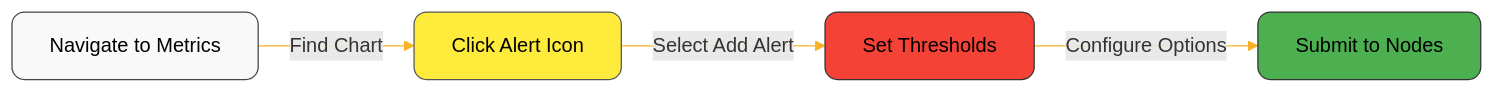
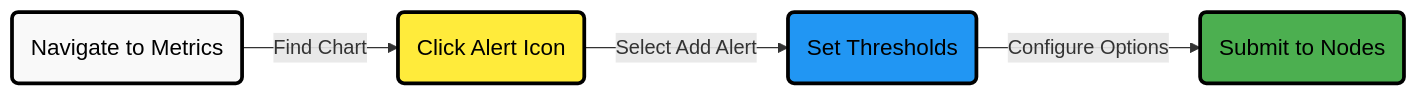
Before and after one commit to netdata/netdata: the diagram in docs/alerts-and-notifications/creating-alerts-with-netdata-alerts-configuration-manager.md, drawn with Mermaid. The commit also changed 21 other files, not shown here.

Commit message:
Fix Mermaid diagrams across multiple files

````diff
--- a/docs/alerts-and-notifications/creating-alerts-with-netdata-alerts-configuration-manager.md
+++ b/docs/alerts-and-notifications/creating-alerts-with-netdata-alerts-configuration-manager.md
@@ -13,21 +13,18 @@
 ```mermaid
-%%{init: {'theme': 'default', 'themeVariables': { 
-  'primaryColor': '#2b2b2b',
-  'primaryTextColor': '#fff', 
-  'primaryBorderColor': '#7C0000',
-  'lineColor': '#F8B229',
-  'secondaryColor': '#006100',
-  'tertiaryColor': '#333',
-  'fontFamily': 'arial',
-  'fontSize': '16px'
-}}}%%
 flowchart LR
-    A[Navigate to Metrics] -->|Find Chart| B[Click Alert Icon]
-    B -->|Select Add Alert| C[Set Thresholds]
-    C -->|Configure Options| D[Submit to Nodes]
+    A("Navigate to Metrics") -->|"Find Chart"| B("Click Alert Icon")
+    B -->|"Select Add Alert"| C("Set Thresholds")
+    C -->|"Configure Options"| D("Submit to Nodes")
         
-    style A fill:#f9f9f9,stroke:#444,color:#000,stroke-width:1px,rx:10,ry:10
-    style B fill:#ffeb3b,stroke:#555,color:#000,stroke-width:1px,rx:10,ry:10
-    style C fill:#f44336,stroke:#333,color:#000,stroke-width:1px,rx:10,ry:10
-    style D fill:#4caf50,stroke:#333,color:#000,stroke-width:1px,rx:10,ry:10
+    %% Style definitions
+    classDef alert fill:#ffeb3b,stroke:#000000,stroke-width:3px,color:#000000,font-size:18px
+    classDef neutral fill:#f9f9f9,stroke:#000000,stroke-width:3px,color:#000000,font-size:18px
+    classDef complete fill:#4caf50,stroke:#000000,stroke-width:3px,color:#000000,font-size:18px
+    classDef database fill:#2196F3,stroke:#000000,stroke-width:3px,color:#000000,font-size:18px
+
+    %% Apply styles
+    class A neutral
+    class B alert
+    class C database
+    class D complete
 ```
````
